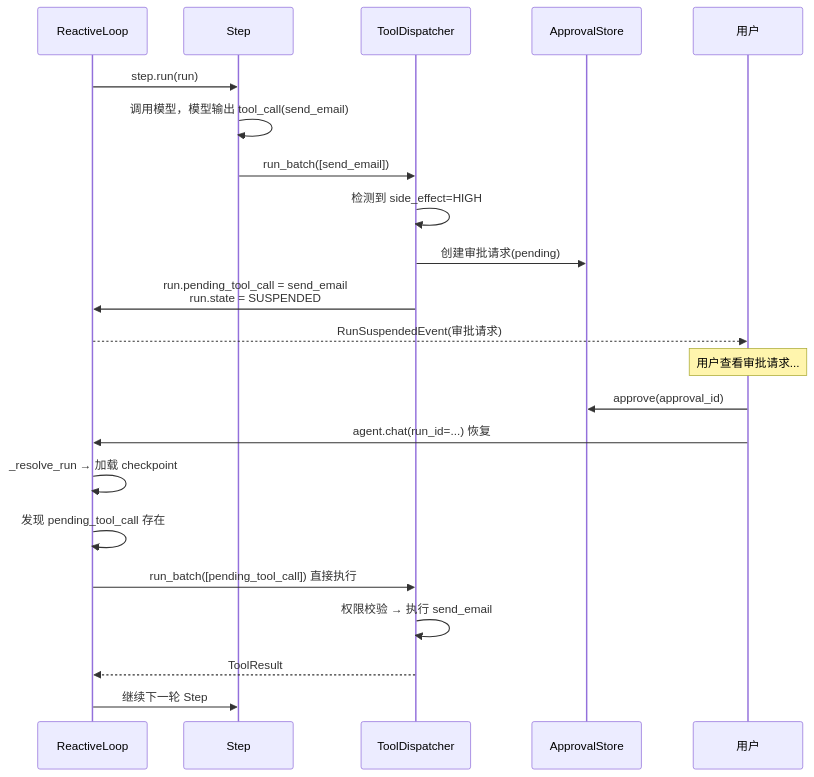
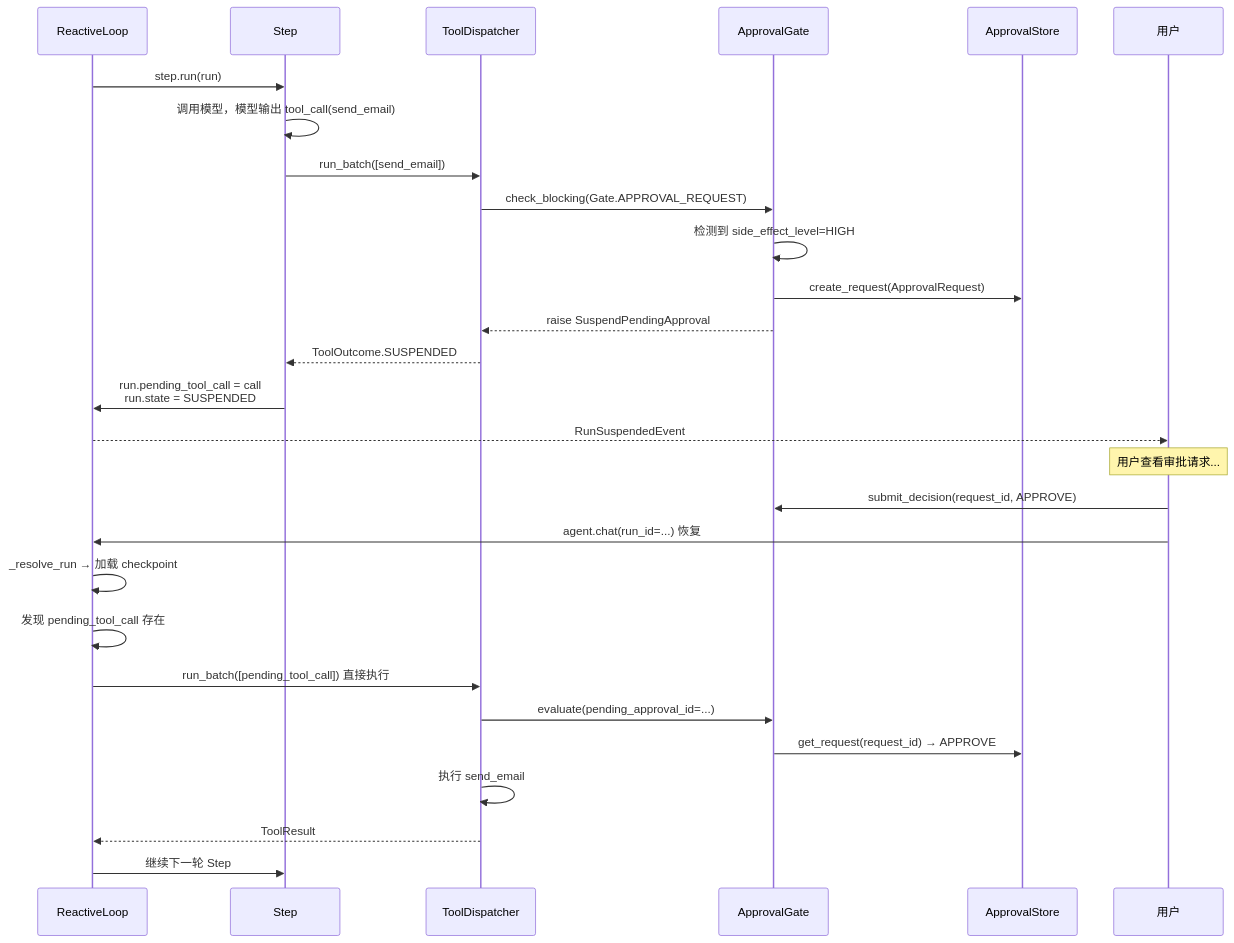
The second of 2 diagrams in docs/topics/approval.md (limenagent/prodagent), drawn with Mermaid before and after one commit. The commit also changed other lines of this file and 28 other files, not shown here.

````diff
--- a/docs/topics/approval.md
+++ b/docs/topics/approval.md
@@ -58,25 +63,30 @@
 ```mermaid
 sequenceDiagram
     participant L as ReactiveLoop
     participant S as Step
     participant D as ToolDispatcher
+    participant G as ApprovalGate
     participant A as ApprovalStore
     participant U as 用户
-
     L->>S: step.run(run)
     S->>S: 调用模型，模型输出 tool_call(send_email)
     S->>D: run_batch([send_email])
-    D->>D: 检测到 side_effect=HIGH
-    D->>A: 创建审批请求(pending)
-    D->>L: run.pending_tool_call = send_email<br/>run.state = SUSPENDED
-    L-->>U: RunSuspendedEvent(审批请求)
+    D->>G: check_blocking(Gate.APPROVAL_REQUEST)
+    G->>G: 检测到 side_effect_level=HIGH
+    G->>A: create_request(ApprovalRequest)
+    G-->>D: raise SuspendPendingApproval
+    D-->>S: ToolOutcome.SUSPENDED
+    S->>L: run.pending_tool_call = call<br/>run.state = SUSPENDED
+    L-->>U: RunSuspendedEvent
     Note over U: 用户查看审批请求...
-    U->>A: approve(approval_id)
+    U->>G: submit_decision(request_id, APPROVE)
     U->>L: agent.chat(run_id=...) 恢复
     L->>L: _resolve_run → 加载 checkpoint
     L->>L: 发现 pending_tool_call 存在
     L->>D: run_batch([pending_tool_call]) 直接执行
-    D->>D: 权限校验 → 执行 send_email
+    D->>G: evaluate(pending_approval_id=...)
+    G->>A: get_request(request_id) → APPROVE
+    D->>D: 执行 send_email
     D-->>L: ToolResult
     L->>S: 继续下一轮 Step
 ```
````
